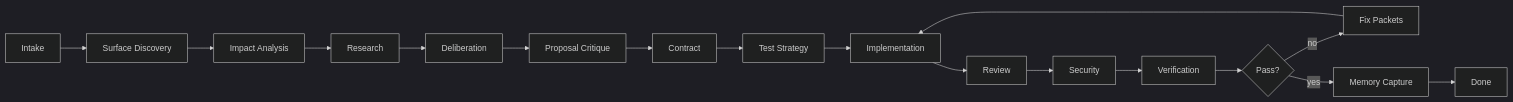
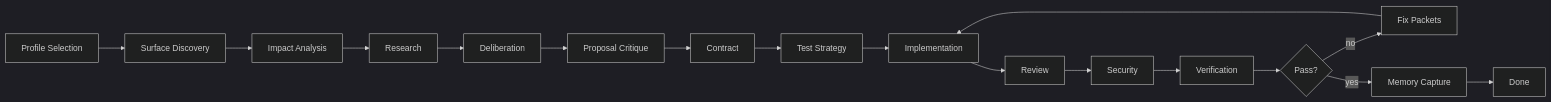
One commit to HuangJingwang/ship-council changed the diagram in README.md. Above: the diagram before and after it, drawn with Mermaid (dark theme). The commit also changed other lines of this file and 6 other files, not shown here.

````diff
--- a/README.md
+++ b/README.md
@@ -117,19 +140,19 @@
 ```mermaid
 flowchart LR
-  A["Intake"] --> B["Surface Discovery"]
+  A["Profile Selection"] --> B["Surface Discovery"]
   B --> C["Impact Analysis"]
   C --> D["Research"]
   D --> E["Deliberation"]
   E --> F["Proposal Critique"]
   F --> G["Contract"]
   G --> H["Test Strategy"]
   H --> I["Implementation"]
   I --> J["Review"]
   J --> K["Security"]
   K --> L["Verification"]
   L --> M{"Pass?"}
   M -- "no" --> N["Fix Packets"]
   N --> I
   M -- "yes" --> O["Memory Capture"]
   O --> P["Done"]
 ```
````
